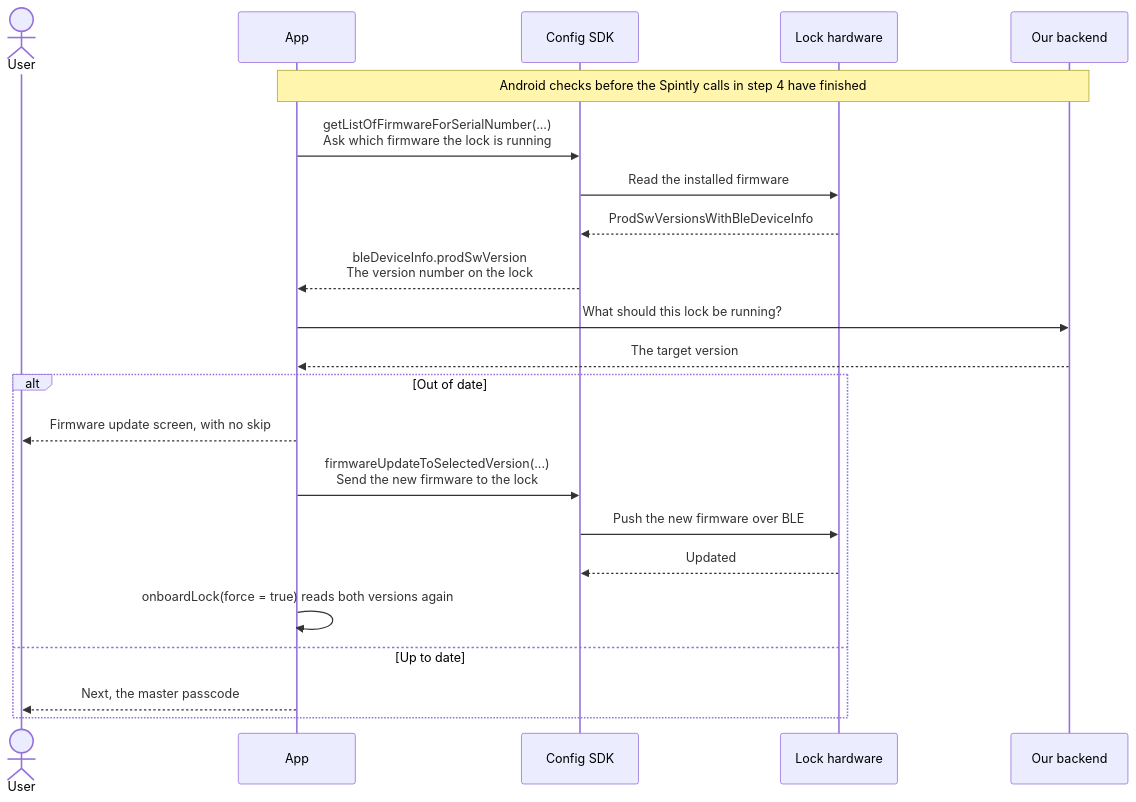
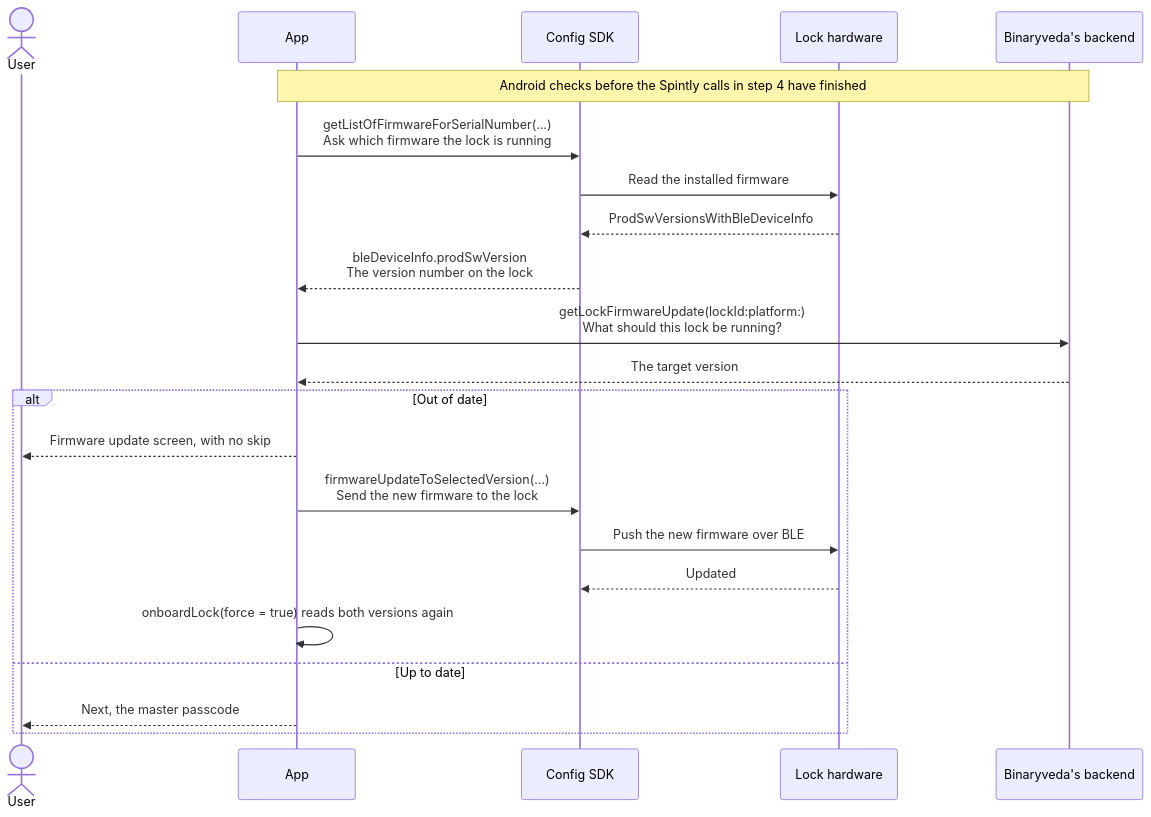
The tenth of 16 diagrams in docs/lock-onboarding.md (Yash-Wadatkar-Binaryveda/sdk-docs-site), drawn with Mermaid before and after one commit. The commit also changed other lines of this file and 3 other files, not shown here.

First line of the commit message:
Update documentation to reflect Binaryveda's backend and clarify SDK interactions

````diff
--- a/docs/lock-onboarding.md
+++ b/docs/lock-onboarding.md
@@ -371,25 +389,25 @@
     ```mermaid
     sequenceDiagram
         actor U as User
         participant A as App
         participant C as Config SDK
         participant L as Lock hardware
-        participant B as Our backend
+        participant B as Binaryveda's backend
 
         Note over A,B: Android checks before the Spintly calls in step 4 have finished
         A->>C: getListOfFirmwareForSerialNumber(...)<br/>Ask which firmware the lock is running
         C->>L: Read the installed firmware
         L-->>C: ProdSwVersionsWithBleDeviceInfo
         C-->>A: bleDeviceInfo.prodSwVersion<br/>The version number on the lock
-        A->>B: What should this lock be running?
+        A->>B: getLockFirmwareUpdate(lockId:platform:)<br/>What should this lock be running?
         B-->>A: The target version
         alt Out of date
             A-->>U: Firmware update screen, with no skip
             A->>C: firmwareUpdateToSelectedVersion(...)<br/>Send the new firmware to the lock
             C->>L: Push the new firmware over BLE
             L-->>C: Updated
             A->>A: onboardLock(force = true) reads both versions again
         else Up to date
             A-->>U: Next, the master passcode
         end
     ```
````
